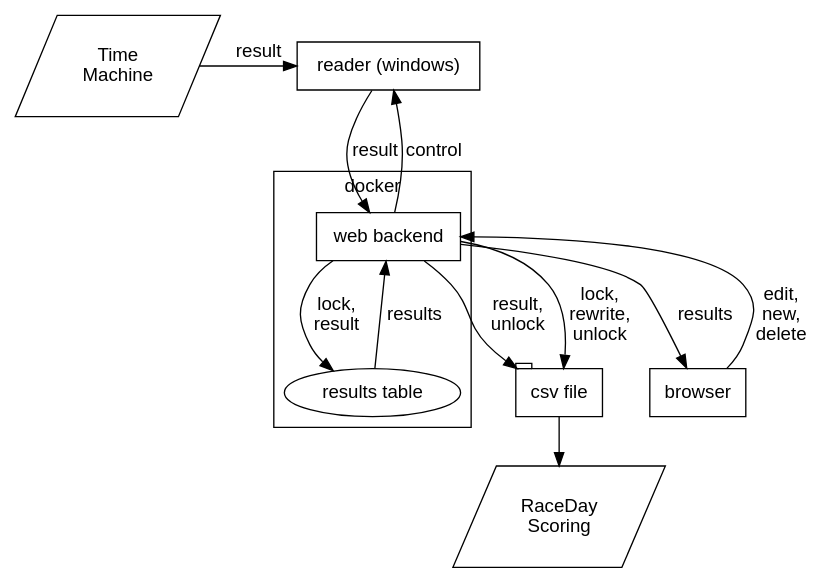
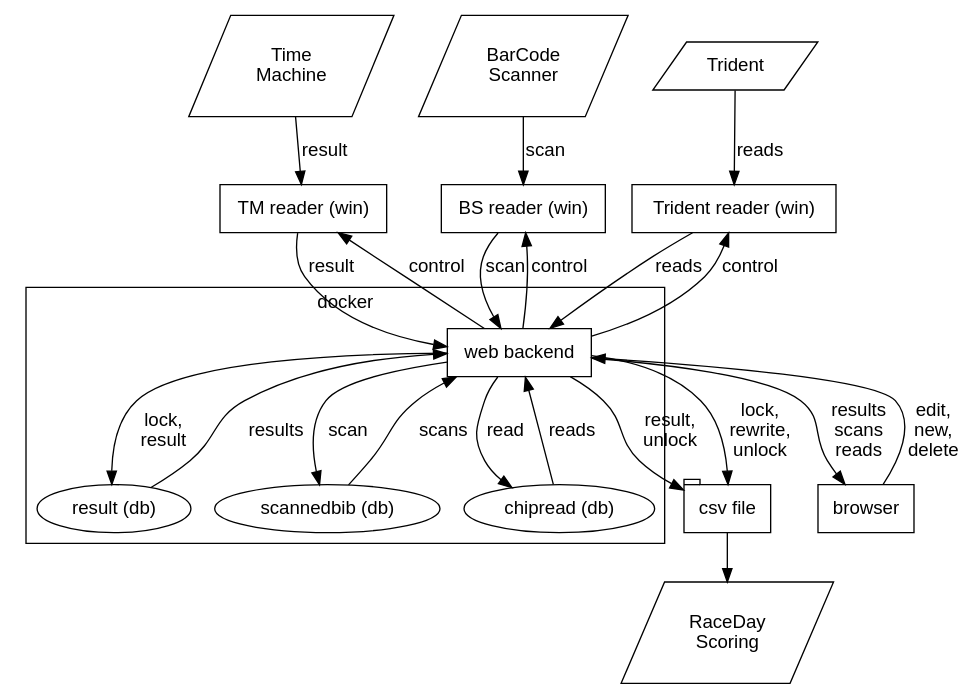
The diagram in web/docs/source/design.rst (louking/tm-csv-connector), drawn with Graphviz before and after one commit. The commit also changed other lines of this file and 15 other files, not shown here.

```diff
--- a/web/docs/source/design.rst
+++ b/web/docs/source/design.rst
@@ -53,48 +79,71 @@
 .. graphviz::
 
    digraph records {
         graph [fontname = "helvetica"];
         node [fontname = "helvetica"];
         edge [fontname = "helvetica"];
         overlap = false;
         spline = true;
 
         tm [label="Time\nMachine", shape="parallelogram"];
+        wtmrdr [label="TM reader (win)", shape="rectangle"];
+        bs [label="BarCode\nScanner", shape="parallelogram"];
+        wbsrdr [label="BS reader (win)", shape="rectangle"];
+        chip [label="Trident", shape="parallelogram"];
+        wchiprdr [label="Trident reader (win)", shape="rectangle"];
+
         rds [label="RaceDay\nScoring", shape="parallelogram"];
-        wrdr [label="reader (windows)", shape="rectangle"];
 
         subgraph cluster_0 {
             be [label="web backend", shape="rectangle"];
-            db [label="results table", shape="oval"];
+            dbres [label="result (db)", shape="oval"];
+            dbscan [label="scannedbib (db)", shape="oval"];
+            dbreads [label="chipread (db)", shape="oval"];
             label = "docker";
             color = "black";
 
-            be -> db [label="lock,\nresult"];
-            db -> be [label="results"];
+            be -> dbres [label="lock,\nresult"];
+            dbres -> be [label="results"];
 
+            be -> dbscan [label="scan"];
+            dbscan -> be [label="scans"];
+
+            be -> dbreads [label="read"];
+            dbreads -> be [label="reads"];
         }
 
         fe [label="browser", shape="rectangle"];
 
         file [label="csv file", shape="tab"];
 
-        tm -> wrdr [label="result"];
-        wrdr -> be [label="result"];
-        be -> wrdr [label="control"];
+        tm -> wtmrdr [label="result"];
+        wtmrdr -> be [label="result"];
+        be -> wtmrdr [label="control"];
+
+        bs -> wbsrdr [label="scan"];
+        wbsrdr -> be [label="scan"];
+        be -> wbsrdr [label="control"];
+
+        chip -> wchiprdr [label="reads"];
+        wchiprdr -> be [label="reads"];
+        be -> wchiprdr [label="control"];
 
         be -> file [label="result,\nunlock"];
 
         be -> file [label="lock,\nrewrite,\nunlock"];
 
         fe -> be [label="edit,\nnew,\ndelete"];
-        be -> fe [label="results"];
+        be -> fe [label="results\nscans\nreads"];
 
         file -> rds;
 
-        { rank=same; tm, wrdr };
+        // { rank=same; tm, wtmrdr };
+        // { rank=same; wbsrdr, bs };
+        // { rank=same; wchiprdr, chip };
+
         {
             rank=same;
             edge[style=invis];
             file -> fe;
         }
     }
```
